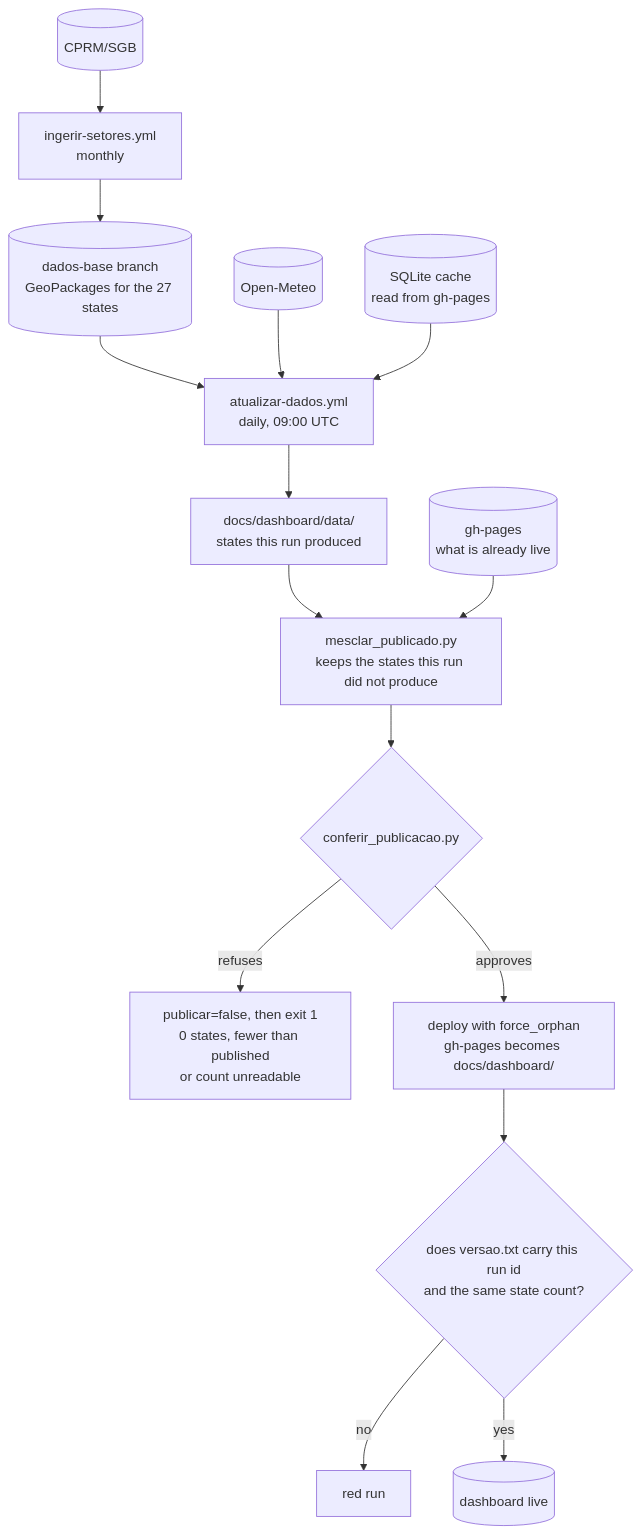
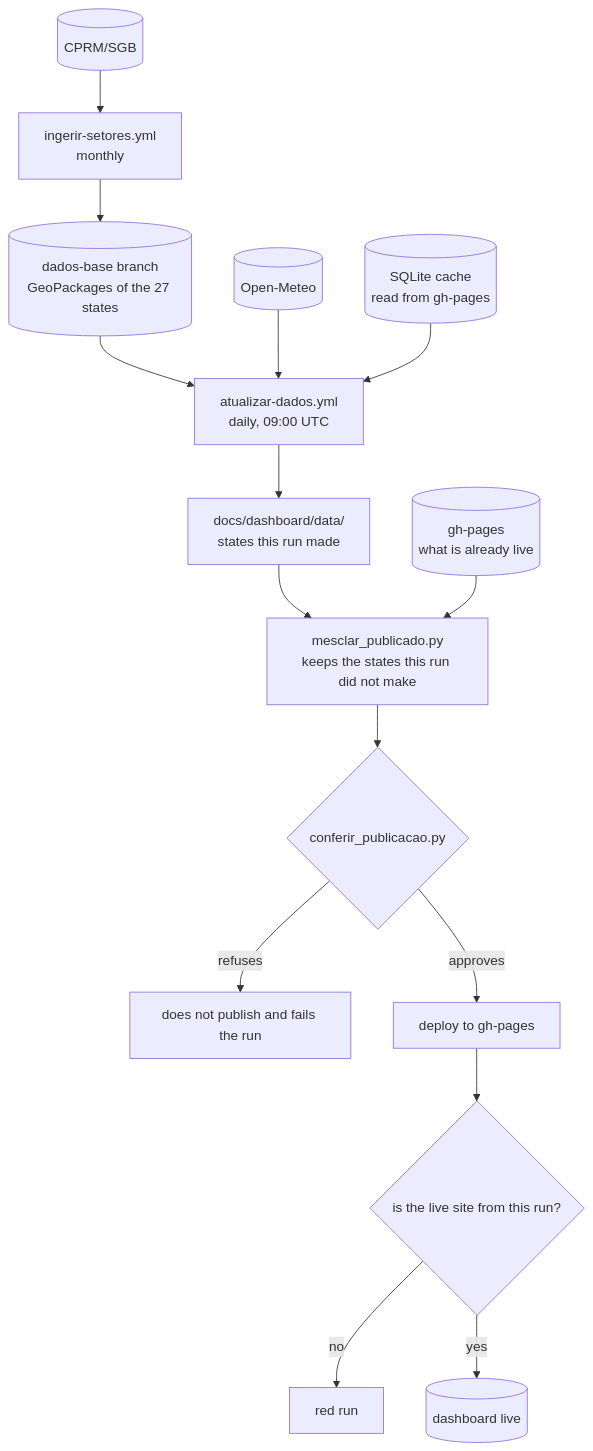
The second of 2 diagrams in README.en.md (hcristosm/ORCA), drawn with Mermaid before and after one commit. The commit also changed other lines of this file and 2 other files, not shown here.

````diff
--- a/README.en.md
+++ b/README.en.md
@@ -386,17 +303,17 @@
 ```mermaid
 flowchart TB
     SGB[("CPRM/SGB")] --> ING["ingerir-setores.yml<br/>monthly"]
-    ING --> BASE[("dados-base branch<br/>GeoPackages for the 27 states")]
+    ING --> BASE[("dados-base branch<br/>GeoPackages of the 27 states")]
     BASE --> ATU["atualizar-dados.yml<br/>daily, 09:00 UTC"]
     OM[("Open-Meteo")] --> ATU
     CACHE[("SQLite cache<br/>read from gh-pages")] --> ATU
-    ATU --> SAIDA["docs/dashboard/data/<br/>states this run produced"]
-    SAIDA --> MESCLA["mesclar_publicado.py<br/>keeps the states this run did not produce"]
+    ATU --> SAIDA["docs/dashboard/data/<br/>states this run made"]
+    SAIDA --> MESCLA["mesclar_publicado.py<br/>keeps the states this run did not make"]
     PUB[("gh-pages<br/>what is already live")] --> MESCLA
     MESCLA --> GUARDA{"conferir_publicacao.py"}
-    GUARDA -->|refuses| RECUSA["publicar=false, then exit 1<br/>0 states, fewer than published<br/>or count unreadable"]
-    GUARDA -->|approves| DEPLOY["deploy with force_orphan<br/>gh-pages becomes docs/dashboard/"]
-    DEPLOY --> SMOKE{"does versao.txt carry this run id<br/>and the same state count?"}
+    GUARDA -->|refuses| RECUSA["does not publish and fails the run"]
+    GUARDA -->|approves| DEPLOY["deploy to gh-pages"]
+    DEPLOY --> SMOKE{"is the live site from this run?"}
     SMOKE -->|no| FALHA["red run"]
     SMOKE -->|yes| AR[("dashboard live")]
 ```
````
